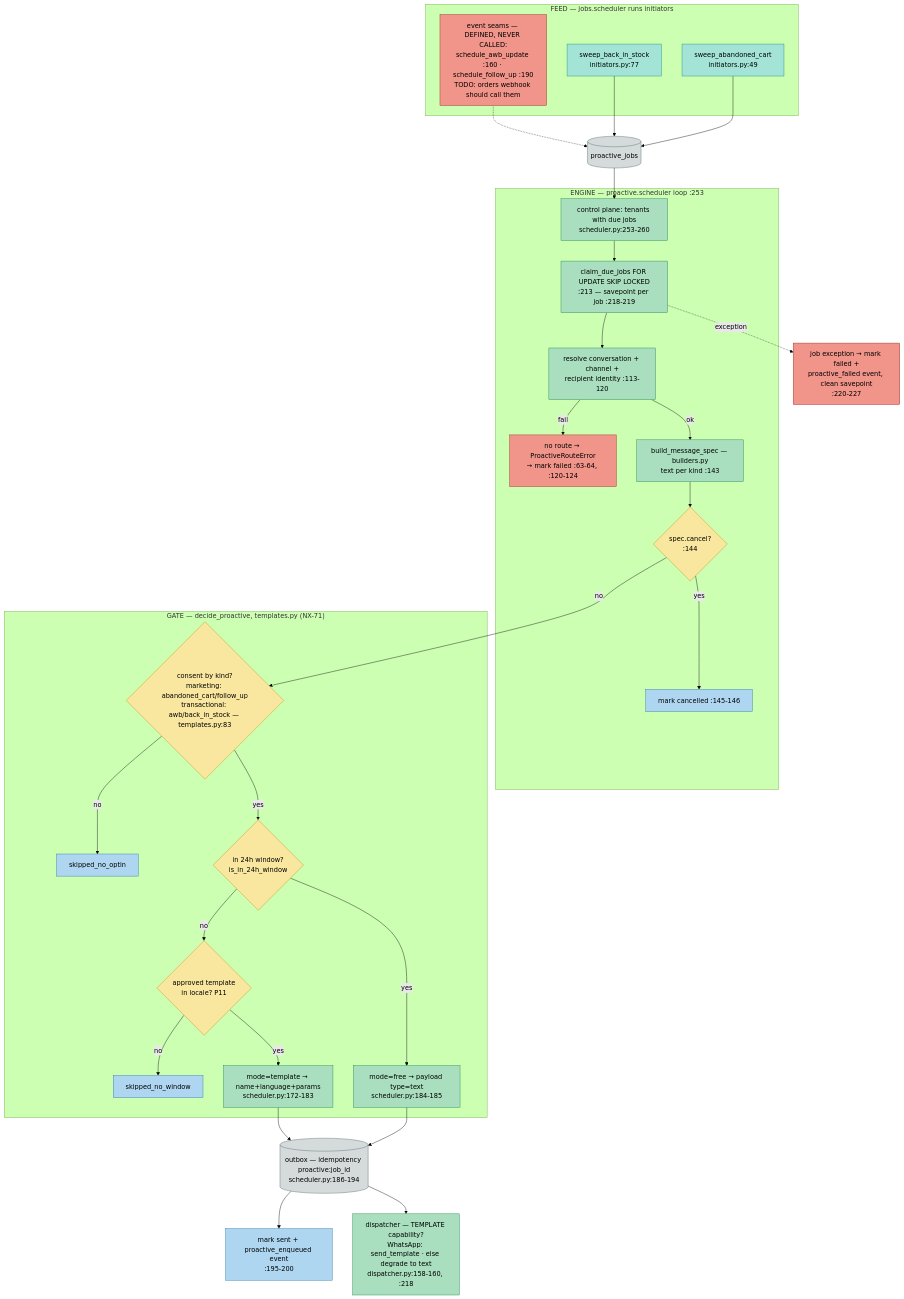
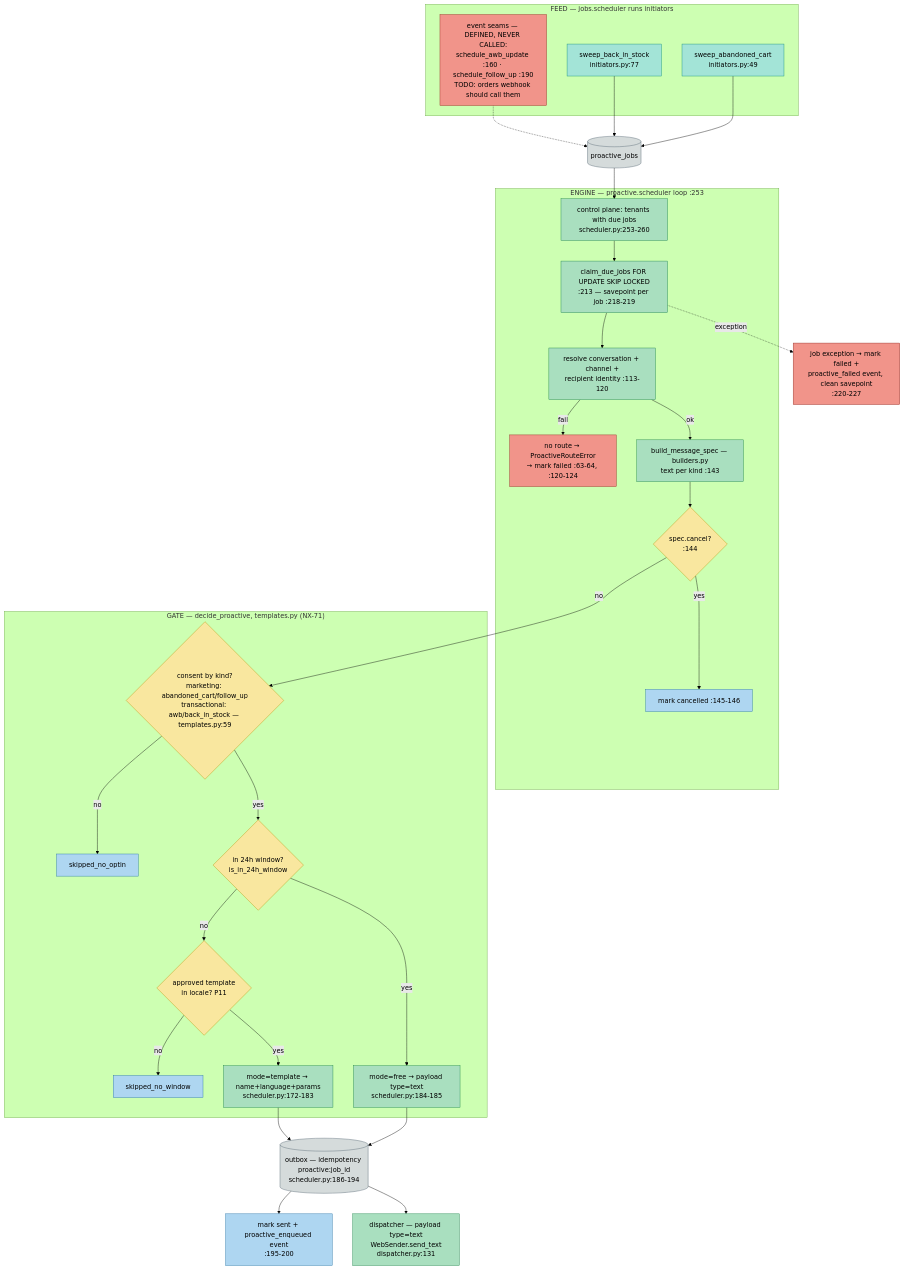
One commit to AdiBoaru/Sales-Ass changed diagram 19 of 19 in docs/ARCHITECTURE-WORKFLOWS.md. Above: the diagram before and after it, drawn with Mermaid (forest theme). The commit also changed other lines of this file and 133 other files, not shown here.

First line of the commit message:
NX-289: WhatsApp si Telegram ies din proiect (cod + schema) (#362)

````diff
--- a/docs/ARCHITECTURE-WORKFLOWS.md
+++ b/docs/ARCHITECTURE-WORKFLOWS.md
@@ -1400,62 +1375,62 @@
 ```mermaid
 flowchart TD
   classDef dec fill:#f9e79f,stroke:#b7950b,color:#000
   classDef step fill:#a9dfbf,stroke:#1e8449,color:#000
   classDef db fill:#d5dbdb,stroke:#566573,color:#000
   classDef err fill:#f1948a,stroke:#922b21,color:#000
   classDef out fill:#aed6f1,stroke:#2874a6,color:#000
   classDef bg fill:#a3e4d7,stroke:#148f77,color:#000
 
   subgraph Feed["FEED — jobs.scheduler runs initiators"]
     SW1["sweep_abandoned_cart<br/>initiators.py:49"]:::bg
     SW2["sweep_back_in_stock<br/>initiators.py:77"]:::bg
     SEAM["event seams — DEFINED, NEVER CALLED:<br/>schedule_awb_update :160 · schedule_follow_up :190<br/>TODO: orders webhook should call them"]:::err
   end
 
   PJ[("proactive_jobs")]:::db
 
   subgraph Engine["ENGINE — proactive.scheduler loop :253"]
     CTL["control plane: tenants with due jobs<br/>scheduler.py:253-260"]:::step
     CLAIM["claim_due_jobs FOR UPDATE SKIP LOCKED<br/>:213 — savepoint per job :218-219"]:::step
     ROUTEP["resolve conversation + channel +<br/>recipient identity :113-120"]:::step
     RERR["no route → ProactiveRouteError<br/>→ mark failed :63-64, :120-124"]:::err
     BUILD["build_message_spec — builders.py<br/>text per kind :143"]:::step
     CANQ{"spec.cancel?<br/>:144"}:::dec
     CANC["mark cancelled :145-146"]:::out
   end
 
   subgraph Gate["GATE — decide_proactive, templates.py (NX-71)"]
-    CONS{"consent by kind?<br/>marketing: abandoned_cart/follow_up<br/>transactional: awb/back_in_stock — templates.py:83"}:::dec
+    CONS{"consent by kind?<br/>marketing: abandoned_cart/follow_up<br/>transactional: awb/back_in_stock — templates.py:59"}:::dec
     SK1["skipped_no_optin"]:::out
     WIN{"in 24h window?<br/>is_in_24h_window"}:::dec
     TPL{"approved template<br/>in locale? P11"}:::dec
     SK2["skipped_no_window"]:::out
     FREE["mode=free → payload type=text<br/>scheduler.py:184-185"]:::step
     TMPL["mode=template → name+language+params<br/>scheduler.py:172-183"]:::step
   end
 
   OB[("outbox — idempotency proactive:job_id<br/>scheduler.py:186-194")]:::db
   SENTP["mark sent + proactive_enqueued event<br/>:195-200"]:::out
   FAILP["job exception → mark failed +<br/>proactive_failed event, clean savepoint<br/>:220-227"]:::err
-  DISPP["dispatcher — TEMPLATE capability?<br/>WhatsApp: send_template · else degrade to text<br/>dispatcher.py:158-160, :218"]:::step
+  DISPP["dispatcher — payload type=text<br/>WebSender.send_text<br/>dispatcher.py:131"]:::step
 
   SW1 --> PJ
   SW2 --> PJ
   SEAM -.-> PJ
   PJ --> CTL --> CLAIM --> ROUTEP
   ROUTEP -- fail --> RERR
   ROUTEP -- ok --> BUILD --> CANQ
   CANQ -- yes --> CANC
   CANQ -- no --> CONS
   CONS -- no --> SK1
   CONS -- yes --> WIN
   WIN -- yes --> FREE
   WIN -- no --> TPL
   TPL -- no --> SK2
   TPL -- yes --> TMPL
   FREE --> OB
   TMPL --> OB
   OB --> SENTP
   CLAIM -. "exception" .-> FAILP
   OB --> DISPP
 ```
````
